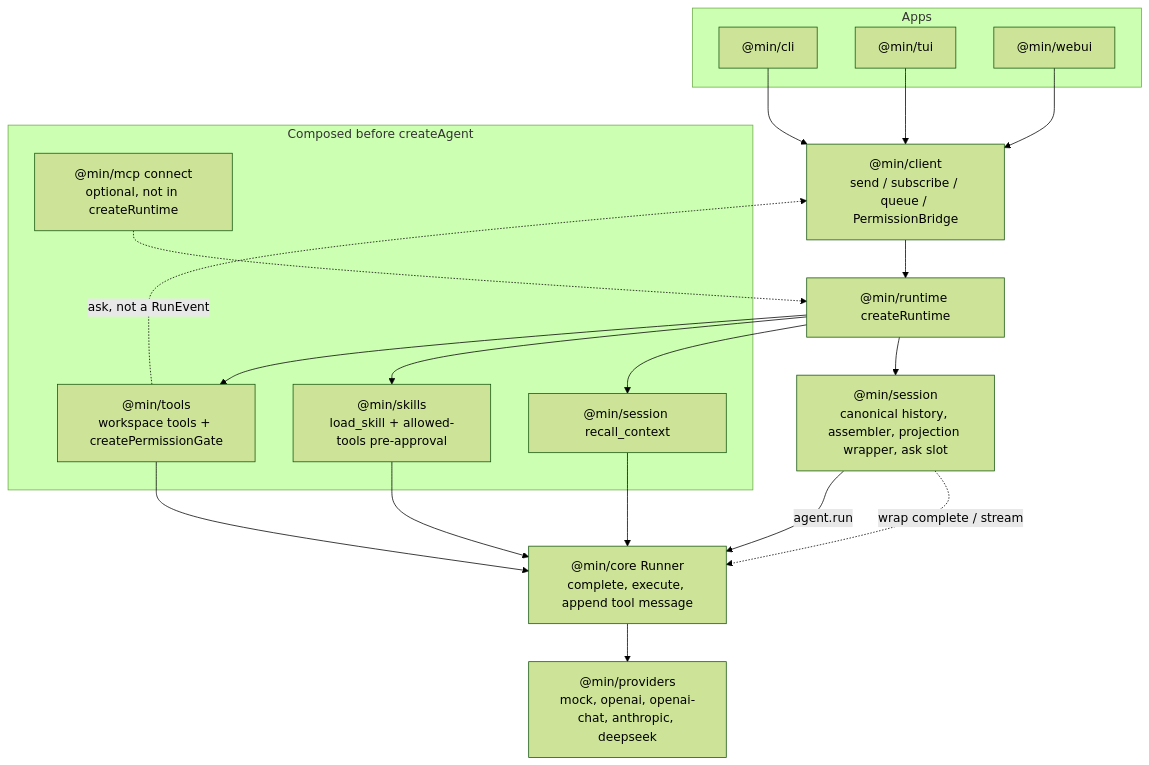
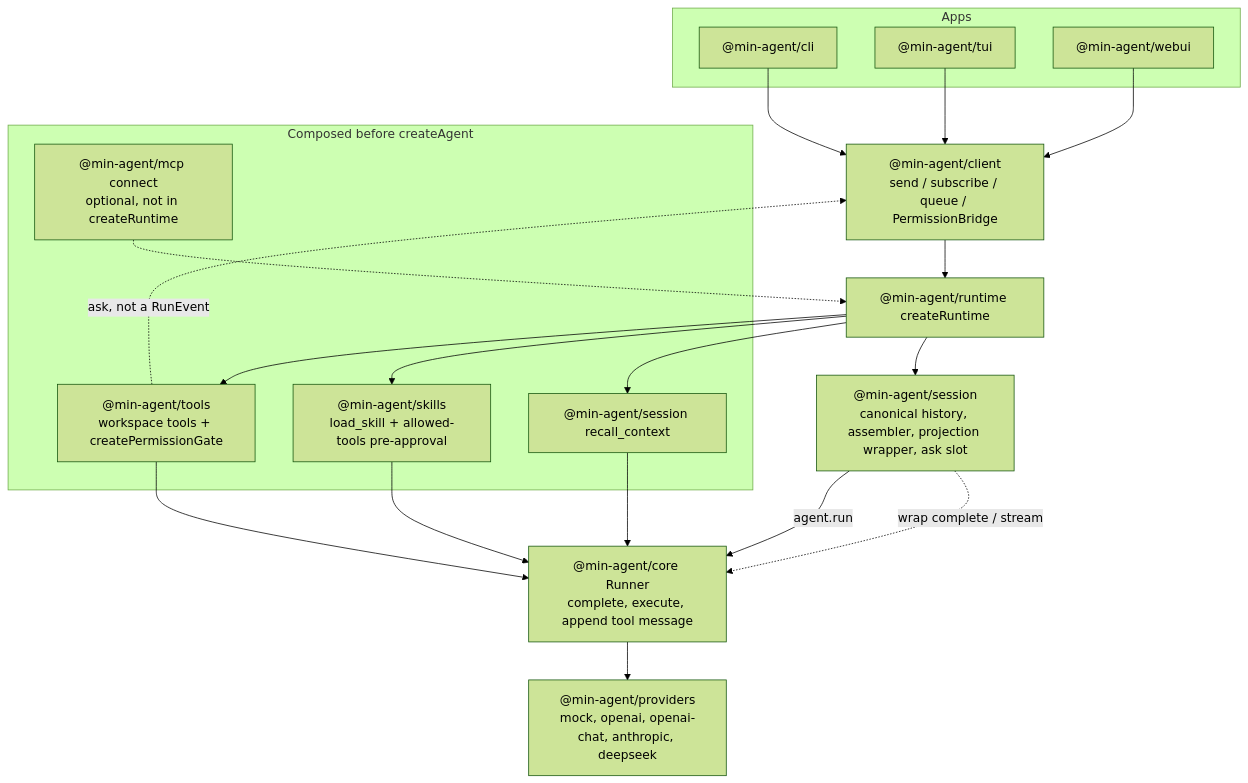
Before and after one commit to JonathanLee-LX/min: the first of 2 diagrams in README.md, drawn with Mermaid (forest theme). The commit also changed other lines of this file and 107 other files, not shown here.

First line of the commit message:
chore: cut 0.1.0-alpha.0 under @min-agent

````diff
--- a/README.md
+++ b/README.md
@@ -36,39 +65,39 @@
 ```mermaid
 flowchart TB
   subgraph apps [Apps]
-    CLI["@min/cli"]
-    TUI["@min/tui"]
-    Web["@min/webui"]
+    CLI["@min-agent/cli"]
+    TUI["@min-agent/tui"]
+    Web["@min-agent/webui"]
   end
 
-  Client["@min/client<br/>send / subscribe / queue / PermissionBridge"]
-  Runtime["@min/runtime createRuntime"]
+  Client["@min-agent/client<br/>send / subscribe / queue / PermissionBridge"]
+  Runtime["@min-agent/runtime createRuntime"]
 
   subgraph host [Composed before createAgent]
-    Tools["@min/tools<br/>workspace tools + createPermissionGate"]
-    Skills["@min/skills<br/>load_skill + allowed-tools pre-approval"]
-    Recall["@min/session recall_context"]
-    MCP["@min/mcp connect<br/>optional, not in createRuntime"]
+    Tools["@min-agent/tools<br/>workspace tools + createPermissionGate"]
+    Skills["@min-agent/skills<br/>load_skill + allowed-tools pre-approval"]
+    Recall["@min-agent/session recall_context"]
+    MCP["@min-agent/mcp connect<br/>optional, not in createRuntime"]
   end
 
-  Session["@min/session<br/>canonical history, assembler, projection wrapper, ask slot"]
-  Core["@min/core Runner<br/>complete, execute, append tool message"]
-  Providers["@min/providers<br/>mock, openai, openai-chat, anthropic, deepseek"]
+  Session["@min-agent/session<br/>canonical history, assembler, projection wrapper, ask slot"]
+  Core["@min-agent/core Runner<br/>complete, execute, append tool message"]
+  Providers["@min-agent/providers<br/>mock, openai, openai-chat, anthropic, deepseek"]
 
   CLI --> Client
   TUI --> Client
   Web --> Client
   Client --> Runtime
   Runtime --> Tools
   Runtime --> Skills
   Runtime --> Recall
   MCP -.-> Runtime
   Tools --> Core
   Skills --> Core
   Recall --> Core
   Runtime --> Session
   Session -->|"agent.run"| Core
   Session -.->|"wrap complete / stream"| Core
   Core --> Providers
   Tools -.->|"ask, not a RunEvent"| Client
 ```
````
